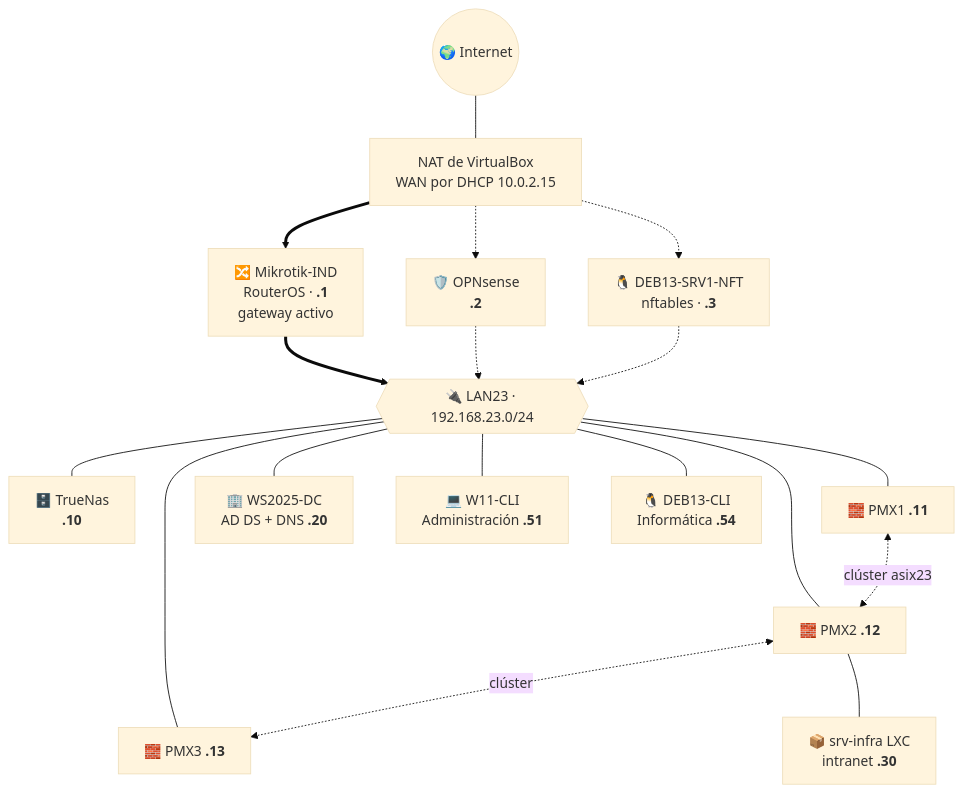
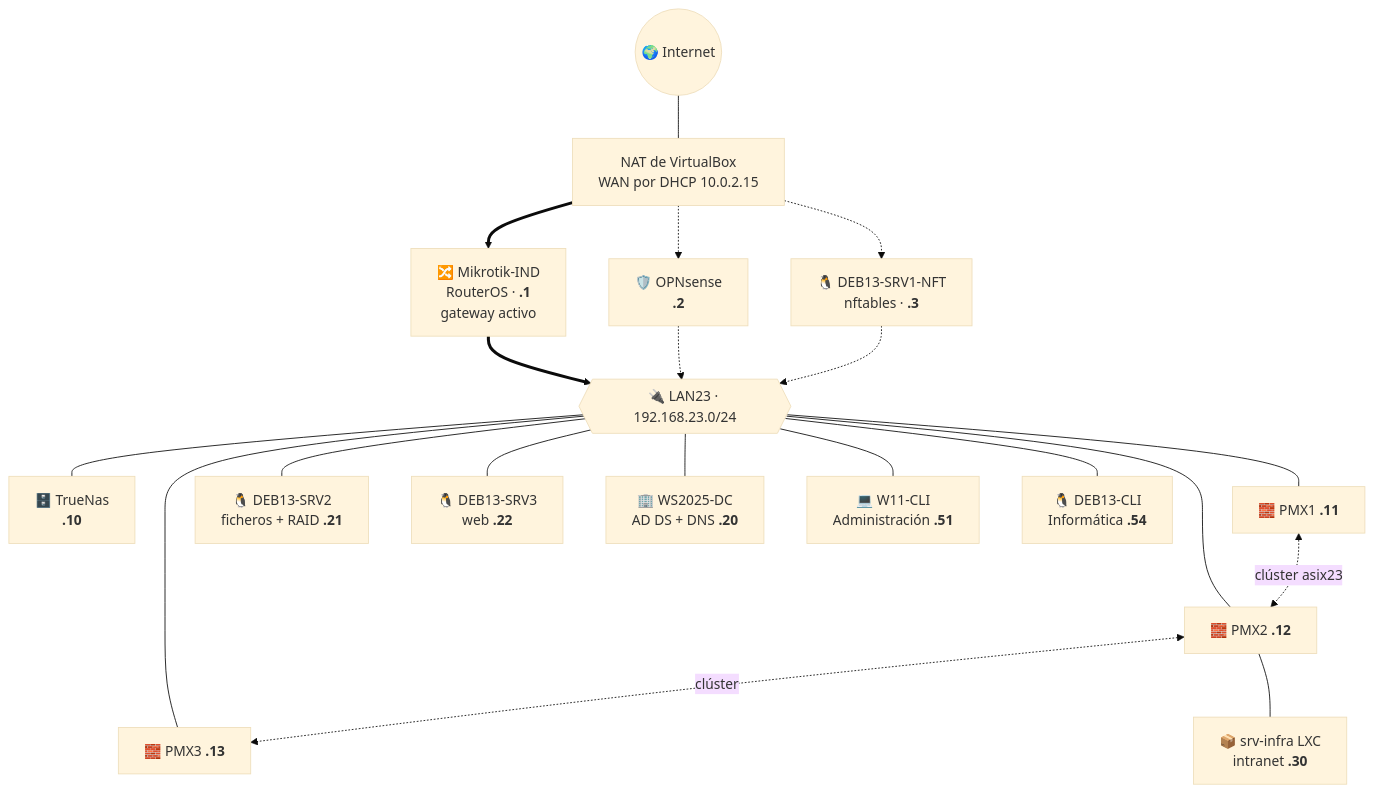
One commit to ethan3232/iso-naix-un-sistema-individual changed the diagram in README.md. Above: the diagram before and after it, drawn with Mermaid (base theme). The commit also changed other lines of this file and 11 other files, not shown here.

Commit message:
Tasca 6: RAID 0, 1 y 5 con mdadm en DEB13-SRV2, fallos provocados, reconstrucción, disco de reserva y medidas; DEB13-SRV2/SRV3 instaladas en LAN23

````diff
--- a/README.md
+++ b/README.md
@@ -41,20 +41,22 @@
 ```mermaid
 flowchart TB
     INET((🌍 Internet)) --- NAT[NAT de VirtualBox<br/>WAN por DHCP 10.0.2.15]
     NAT ==> MK[🔀 Mikrotik-IND<br/>RouterOS · <b>.1</b><br/>gateway activo]
     NAT -.-> OPN[🛡️ OPNsense<br/><b>.2</b>]
     NAT -.-> DEB[🐧 DEB13-SRV1-NFT<br/>nftables · <b>.3</b>]
     MK ==> SW{{"🔌 LAN23 · 192.168.23.0/24"}}
     OPN -.-> SW
     DEB -.-> SW
     SW --- NAS[🗄️ TrueNas<br/><b>.10</b>]
     SW --- PVE1[🧱 PMX1 <b>.11</b>]
     SW --- PVE2[🧱 PMX2 <b>.12</b>]
     SW --- PVE3[🧱 PMX3 <b>.13</b>]
     PVE1 <-. clúster asix23 .-> PVE2
     PVE2 <-. clúster .-> PVE3
+    SW --- S2[🐧 DEB13-SRV2<br/>ficheros + RAID <b>.21</b>]
+    SW --- S3[🐧 DEB13-SRV3<br/>web <b>.22</b>]
     PVE2 --- CT[📦 srv-infra LXC<br/>intranet <b>.30</b>]
     SW --- DC[🏢 WS2025-DC<br/>AD DS + DNS <b>.20</b>]
     SW --- C1[💻 W11-CLI<br/>Administración <b>.51</b>]
     SW --- C2[🐧 DEB13-CLI<br/>Informática <b>.54</b>]
 ```
````
